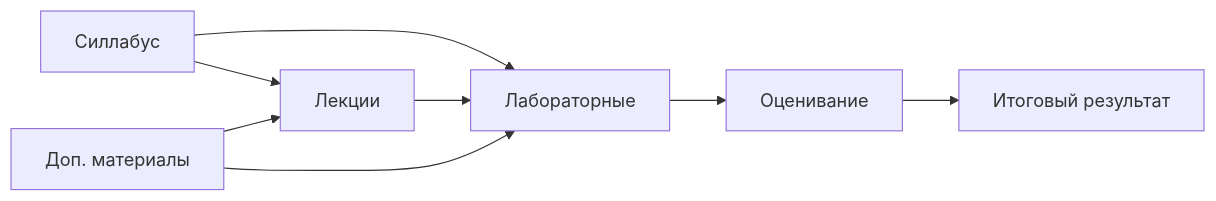
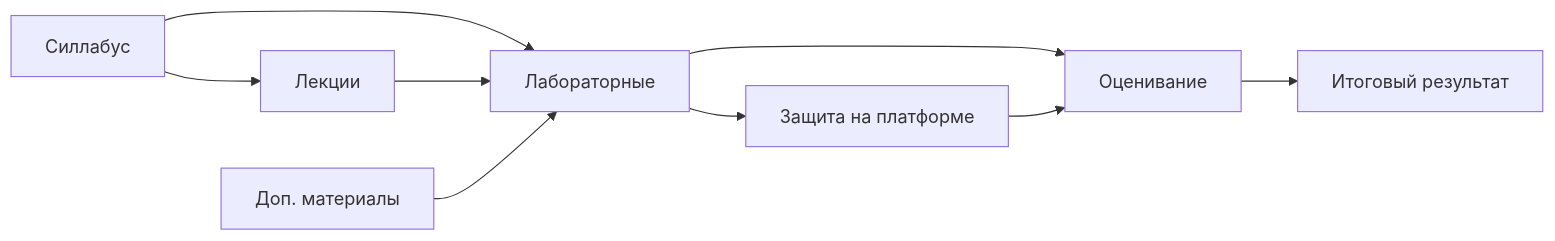
Before and after one commit to 7eliassen/course-containerization-orchestration-application: the diagram in README.md, drawn with Mermaid. The commit also changed other lines of this file and 18 other files, not shown here.

````diff
--- a/README.md
+++ b/README.md
@@ -37,10 +31,11 @@
 ```mermaid
 flowchart LR
     S[Силлабус] --> L[Лекции]
     S --> P[Лабораторные]
     L --> P
     P --> A[Оценивание]
-    M[Доп. материалы] --> L
-    M --> P
+    M[Доп. материалы] --> P
+    P --> D[Защита на платформе]
     A --> R[Итоговый результат]
+    D --> A
 ```
````
